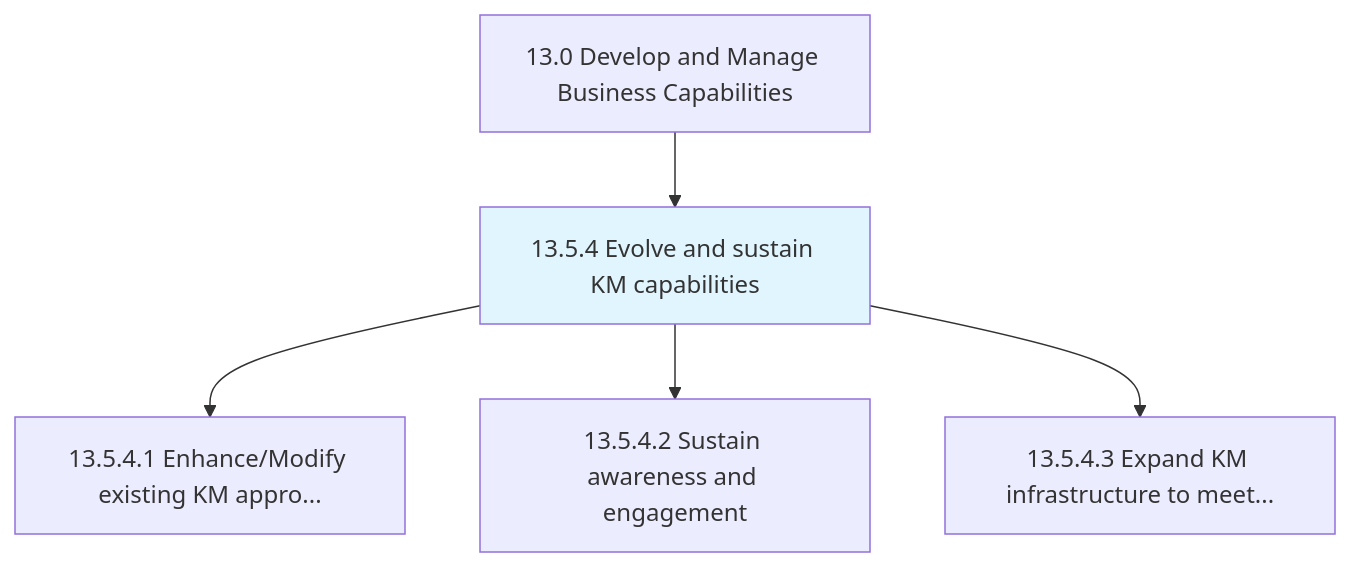
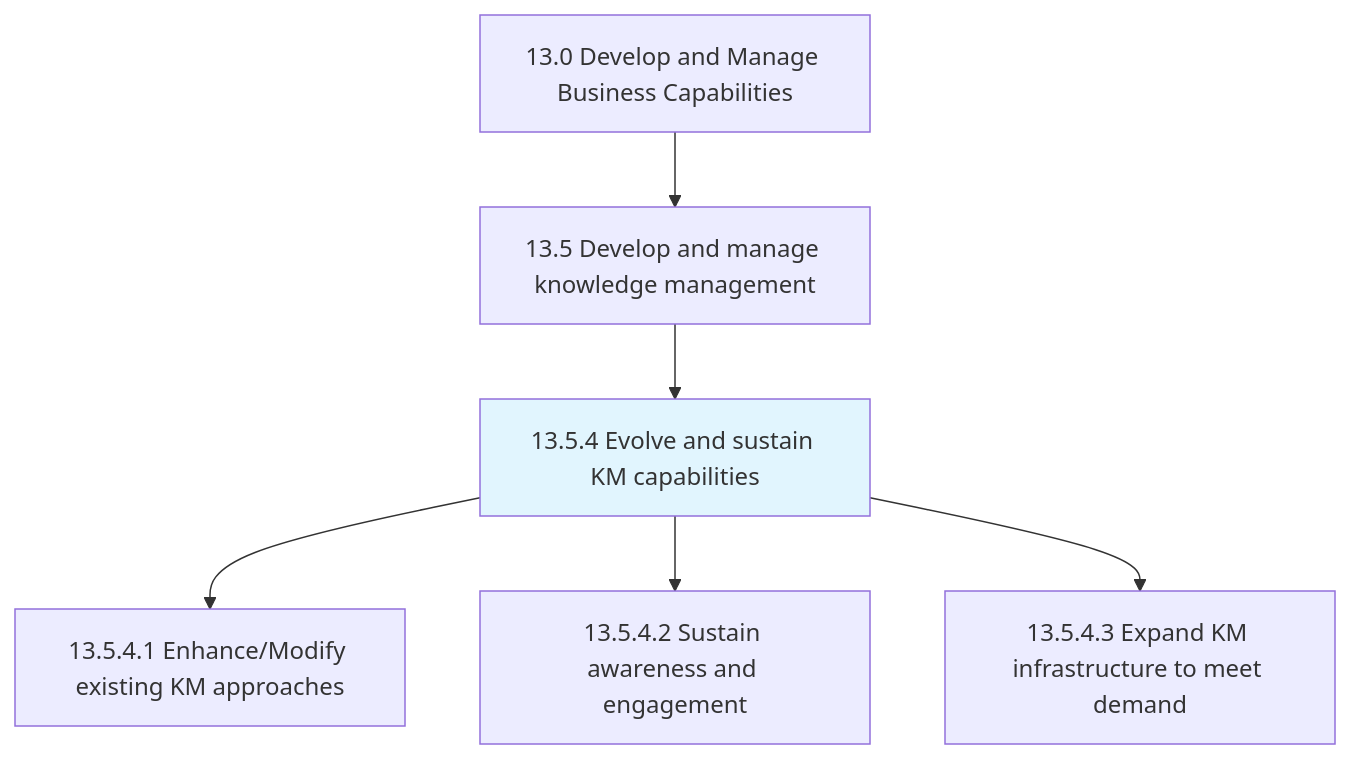
The first of 2 diagrams in processes/13-Capabilities/13.5.4-EvolveSustainKMCapabilities/index.mdx (kziemski/business.org.ai), drawn with Mermaid before and after one commit. The commit also changed other lines of this file and 885 other files, not shown here.

````diff
--- a/processes/13-Capabilities/13.5.4-EvolveSustainKMCapabilities/index.mdx
+++ b/processes/13-Capabilities/13.5.4-EvolveSustainKMCapabilities/index.mdx
@@ -25,9 +27,10 @@
 ```mermaid
 graph TD
     C13["13.0 Develop and Manage Business Capabilities"]
-    C13 --> N13_5_4["13.5.4 Evolve and sustain KM capabilities"]
+    C13 --> N13_5["13.5 Develop and manage knowledge management"]
+    N13_5 --> N13_5_4["13.5.4 Evolve and sustain KM capabilities"]
     style N13_5_4 fill:#e1f5fe
-    N13_5_4 --> N13_5_4_1["13.5.4.1 Enhance/Modify existing KM appro..."]
+    N13_5_4 --> N13_5_4_1["13.5.4.1 Enhance/Modify existing KM approaches"]
     N13_5_4 --> N13_5_4_2["13.5.4.2 Sustain awareness and engagement"]
-    N13_5_4 --> N13_5_4_3["13.5.4.3 Expand KM infrastructure to meet..."]
+    N13_5_4 --> N13_5_4_3["13.5.4.3 Expand KM infrastructure to meet demand"]
 ```
````
